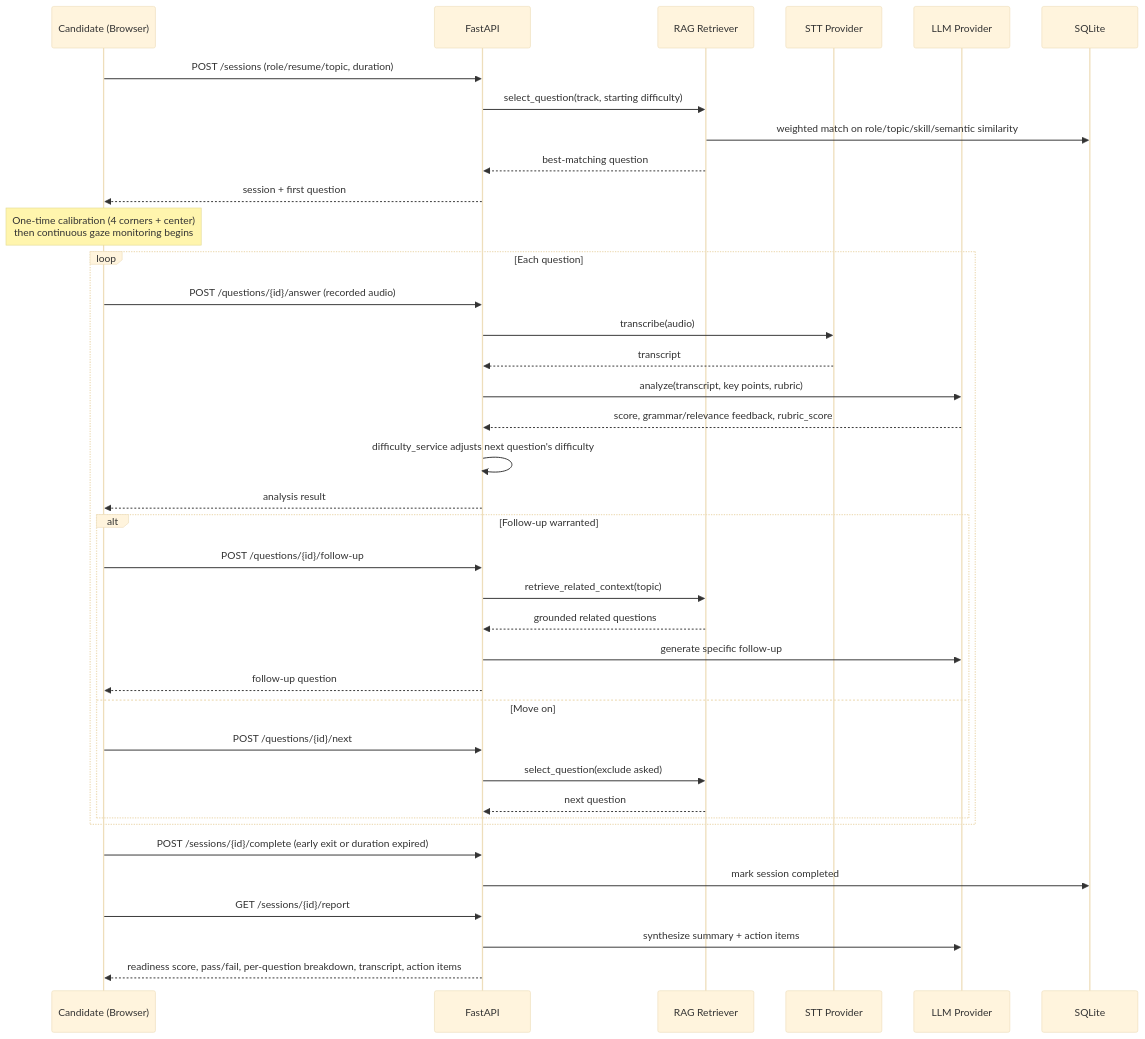
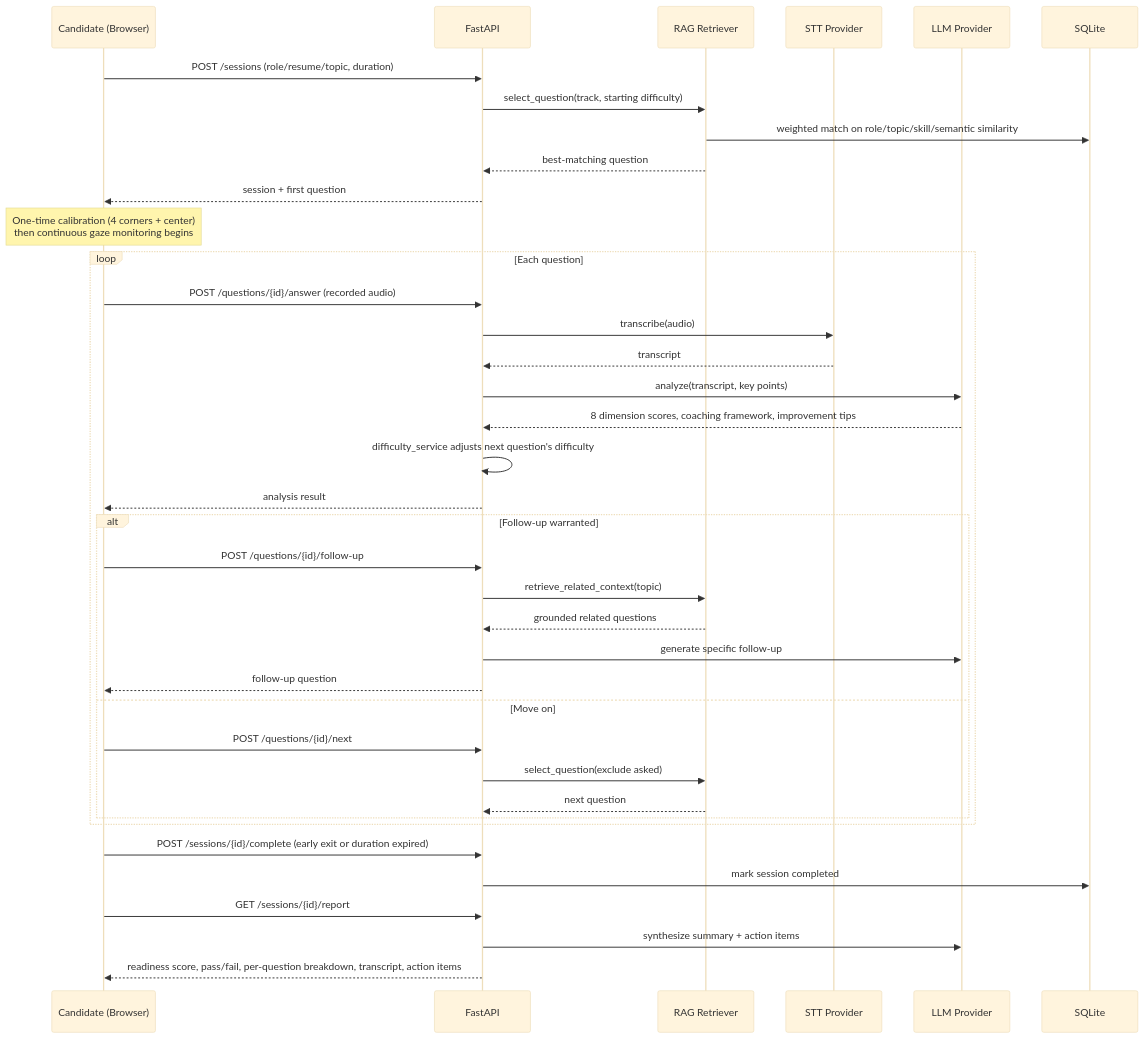
The third of 4 diagrams in README.md (Irfan-RS/Cognitive-Interview-AI-On-Going), drawn with Mermaid (base theme) before and after one commit. The commit also changed other lines of this file, not shown here.

Commit message:
Update README with scoring and coaching details

````diff
--- a/README.md
+++ b/README.md
@@ -174,44 +242,44 @@
 ```mermaid
 sequenceDiagram
     participant U as Candidate (Browser)
     participant API as FastAPI
     participant RAG as RAG Retriever
     participant STT as STT Provider
     participant LLM as LLM Provider
     participant DB as SQLite
 
     U->>API: POST /sessions (role/resume/topic, duration)
     API->>RAG: select_question(track, starting difficulty)
     RAG->>DB: weighted match on role/topic/skill/semantic similarity
     RAG-->>API: best-matching question
     API-->>U: session + first question
 
     Note over U: One-time calibration (4 corners + center)<br/>then continuous gaze monitoring begins
 
     loop Each question
         U->>API: POST /questions/{id}/answer (recorded audio)
         API->>STT: transcribe(audio)
         STT-->>API: transcript
-        API->>LLM: analyze(transcript, key points, rubric)
-        LLM-->>API: score, grammar/relevance feedback, rubric_score
+        API->>LLM: analyze(transcript, key points)
+        LLM-->>API: 8 dimension scores, coaching framework, improvement tips
         API->>API: difficulty_service adjusts next question's difficulty
         API-->>U: analysis result
         alt Follow-up warranted
             U->>API: POST /questions/{id}/follow-up
             API->>RAG: retrieve_related_context(topic)
             RAG-->>API: grounded related questions
             API->>LLM: generate specific follow-up
             API-->>U: follow-up question
         else Move on
             U->>API: POST /questions/{id}/next
             API->>RAG: select_question(exclude asked)
             RAG-->>API: next question
         end
     end
 
     U->>API: POST /sessions/{id}/complete (early exit or duration expired)
     API->>DB: mark session completed
     U->>API: GET /sessions/{id}/report
     API->>LLM: synthesize summary + action items
     API-->>U: readiness score, pass/fail, per-question breakdown, transcript, action items
 ```
````
